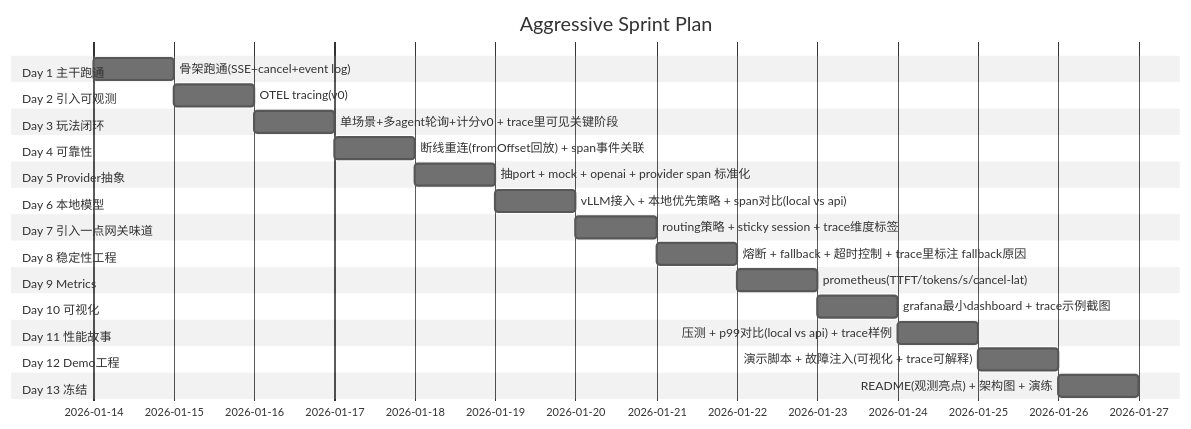
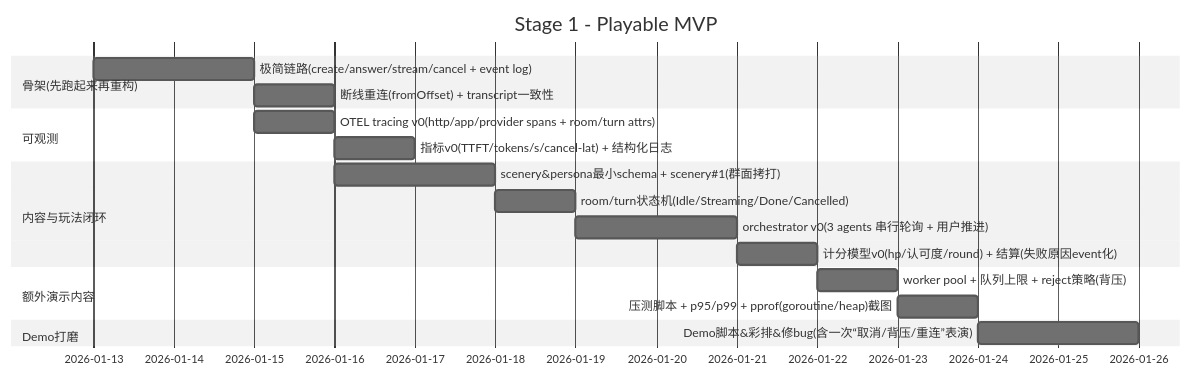
One commit to blacksheepaul/prompt_endgame changed the first of 3 diagrams in README.md. Above: the diagram before and after it, drawn with Mermaid (neutral theme). The commit also changed other lines of this file, not shown here.

````diff
--- a/README.md
+++ b/README.md
@@ -79,44 +79,26 @@
 ```mermaid
 gantt
-title Aggressive Sprint Plan
-dateFormat YYYY-MM-DD
+    title Stage 1 - Playable MVP
+    dateFormat YYYY-MM-DD
 
-section Day 1 主干跑通
-骨架跑通(SSE+cancel+event log)      :a1, 2026-01-14, 1d
+    section 骨架(先跑起来再重构)
+    极简链路(create/answer/stream/cancel + event log) :a1, 2026-01-13, 2d
+    断线重连(fromOffset) + transcript一致性            :a2, after a1, 1d
 
-section Day 2 引入可观测
-OTEL tracing(v0): http+service+provider spans + trace_id贯穿 :a2, after a1, 1d
+    section 可观测
+    OTEL tracing v0(http/app/provider spans + room/turn attrs) :b1, 2026-01-15, 1d
+    指标v0(TTFT/tokens/s/cancel-lat) + 结构化日志             :b2, after b1, 1d
 
-section Day 3 玩法闭环
-单场景+多agent轮询+计分v0 + trace里可见关键阶段          :a3, after a2, 1d
+    section 内容与玩法闭环
+    scenery&persona最小schema + scenery#1(群面拷打)           :c1, 2026-01-16, 2d
+    room/turn状态机(Idle/Streaming/Done/Cancelled)            :c2, after c1, 1d
+    orchestrator v0(3 agents 串行轮询 + 用户推进)             :c3, after c2, 2d
+    计分模型v0(hp/认可度/round) + 结算(失败原因event化)        :c4, after c3, 1d
 
-section Day 4 可靠性
-断线重连(fromOffset回放) + span事件关联                 :a4, after a3, 1d
+    section 额外演示内容
+    worker pool + 队列上限 + reject策略(背压)                 :d1, 2026-01-22, 1d
+    压测脚本 + p95/p99 + pprof(goroutine/heap)截图            :d2, after d1, 1d
 
-section Day 5 Provider抽象
-抽port + mock + openai + provider span 标准化           :a5, after a4, 1d
-
-section Day 6 本地模型
-vLLM接入 + 本地优先策略 + span对比(local vs api)        :a6, after a5, 1d
-
-section Day 7 引入一点网关味道
-routing策略 + sticky session + trace维度标签            :a7, after a6, 1d
-
-section Day 8 稳定性工程
-熔断 + fallback + 超时控制 + trace里标注 fallback原因     :a8, after a7, 1d
-
-section Day 9 Metrics
-prometheus(TTFT/tokens/s/cancel-lat)                    :a9, after a8, 1d
-
-section Day 10 可视化
-grafana最小dashboard + trace示例截图                     :a10, after a9, 1d
-
-section Day 11 性能故事
-压测 + p99对比(local vs api) + trace样例                :a11, after a10, 1d
-
-section Day 12 Demo工程
-演示脚本 + 故障注入(可视化 + trace可解释)               :a12, after a11, 1d
-
-section Day 13 冻结
-README(观测亮点) + 架构图 + 演练                        :a13, after a12, 1d
+    section Demo打磨
+    Demo脚本&彩排&修bug(含一次“取消/背压/重连”表演)           :e1, 2026-01-24, 2d
 ```
````
